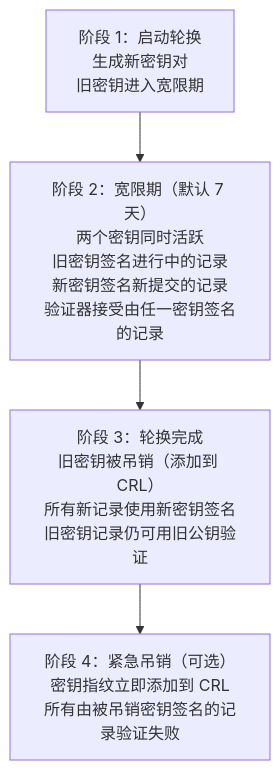
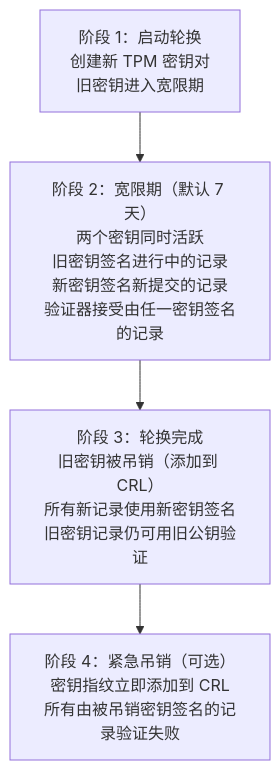
Before and after one commit to nekolio/DoLogger: the diagram in docs/zh_CN/OperationsAndSecurity.md, drawn with Mermaid. The commit also changed other lines of this file and 117 other files, not shown here.

````diff
--- a/docs/zh_CN/OperationsAndSecurity.md
+++ b/docs/zh_CN/OperationsAndSecurity.md
@@ -397,6 +409,6 @@
 ```mermaid
 flowchart TD
-    P1["阶段 1：启动轮换<br/>生成新密钥对<br/>旧密钥进入宽限期"] --> P2["阶段 2：宽限期（默认 7 天）<br/>两个密钥同时活跃<br/>旧密钥签名进行中的记录<br/>新密钥签名新提交的记录<br/>验证器接受由任一密钥签名的记录"]
+    P1["阶段 1：启动轮换<br/>创建新 TPM 密钥对<br/>旧密钥进入宽限期"] --> P2["阶段 2：宽限期（默认 7 天）<br/>两个密钥同时活跃<br/>旧密钥签名进行中的记录<br/>新密钥签名新提交的记录<br/>验证器接受由任一密钥签名的记录"]
     P2 --> P3["阶段 3：轮换完成<br/>旧密钥被吊销（添加到 CRL）<br/>所有新记录使用新密钥签名<br/>旧密钥记录仍可用旧公钥验证"]
     P3 --> P4["阶段 4：紧急吊销（可选）<br/>密钥指纹立即添加到 CRL<br/>所有由被吊销密钥签名的记录验证失败"]
 ```
````
